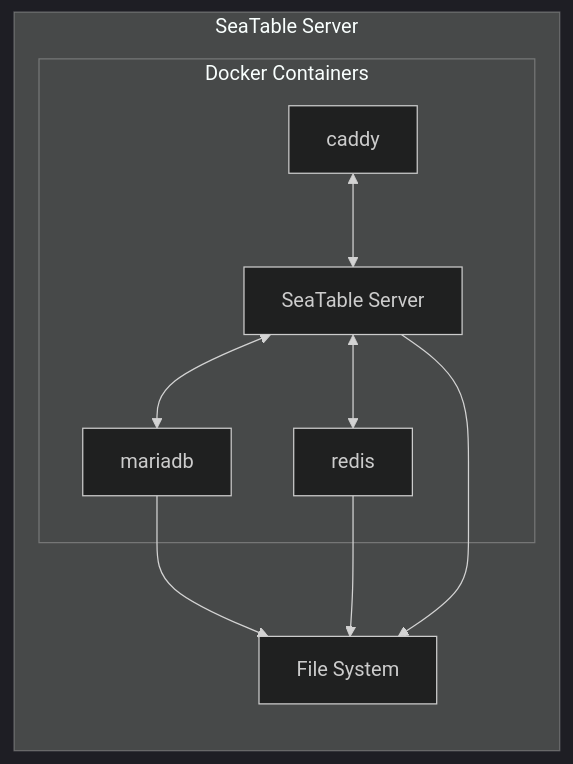
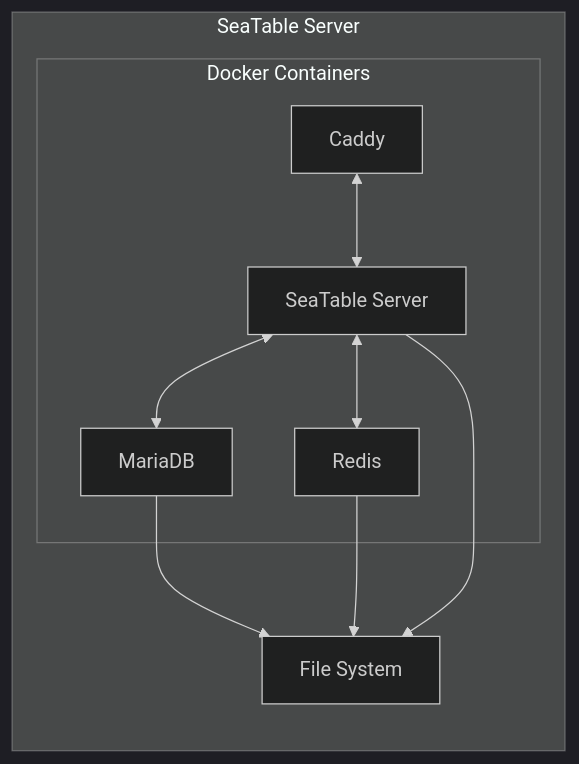
The first of 2 diagrams in docs/introduction/architecture.md (seatable/seatable-admin-docs), drawn with Mermaid (dark theme) before and after one commit. The commit also changed other lines of this file, not shown here.

````diff
--- a/docs/introduction/architecture.md
+++ b/docs/introduction/architecture.md
@@ -9,18 +11,18 @@
 ```mermaid
 flowchart LR
     subgraph s[SeaTable Server]
         subgraph d[Docker Containers]
-            A[caddy]
+            A[Caddy]
             B[SeaTable Server]
-            C[mariadb]
-            D[redis]
+            C[MariaDB]
+            D[Redis]
             A<-->B
             B<-->C
             B<-->D
         end
         F[File System]
         C --> F
         D --> F
         B --> F
     end
 ```
````
